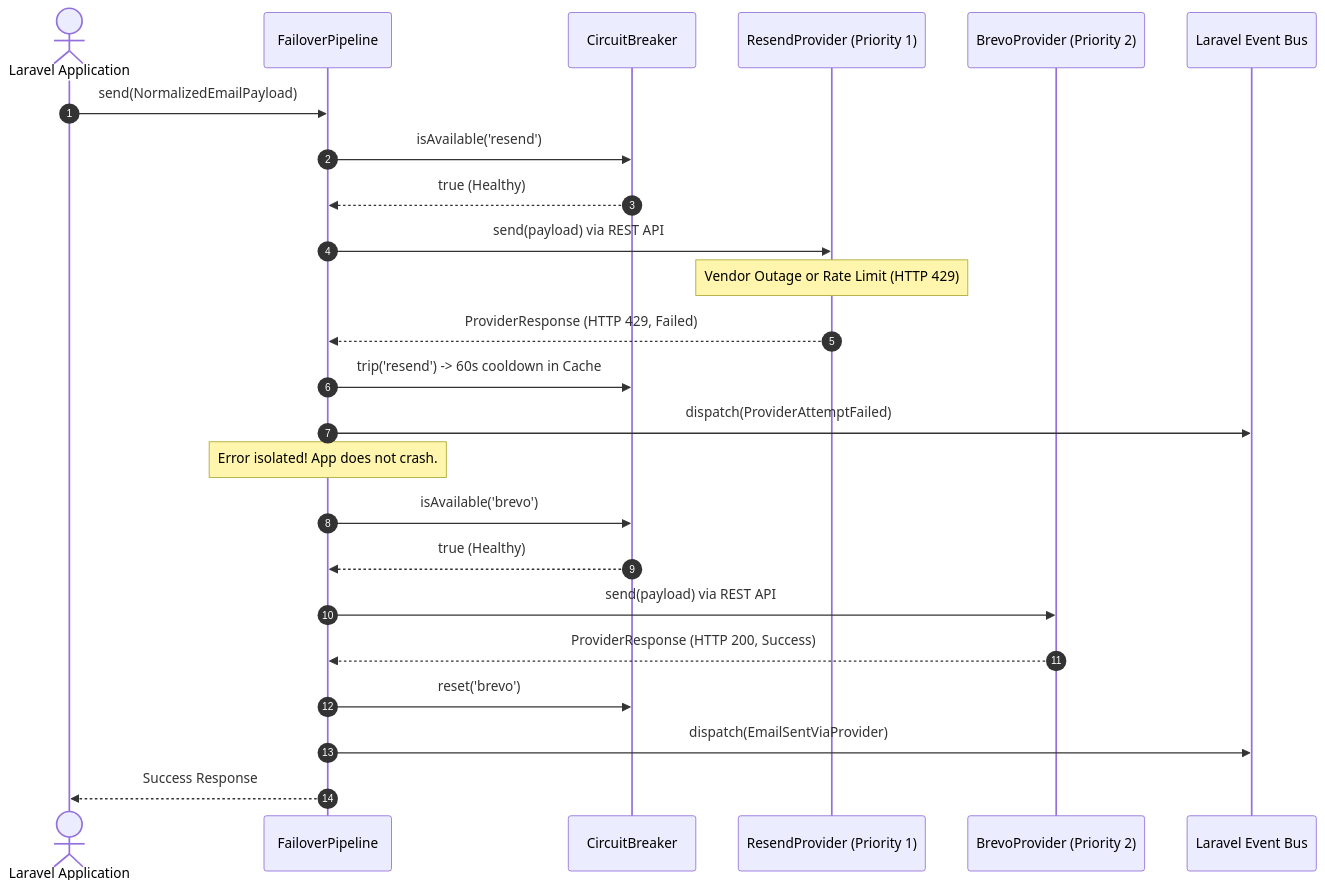
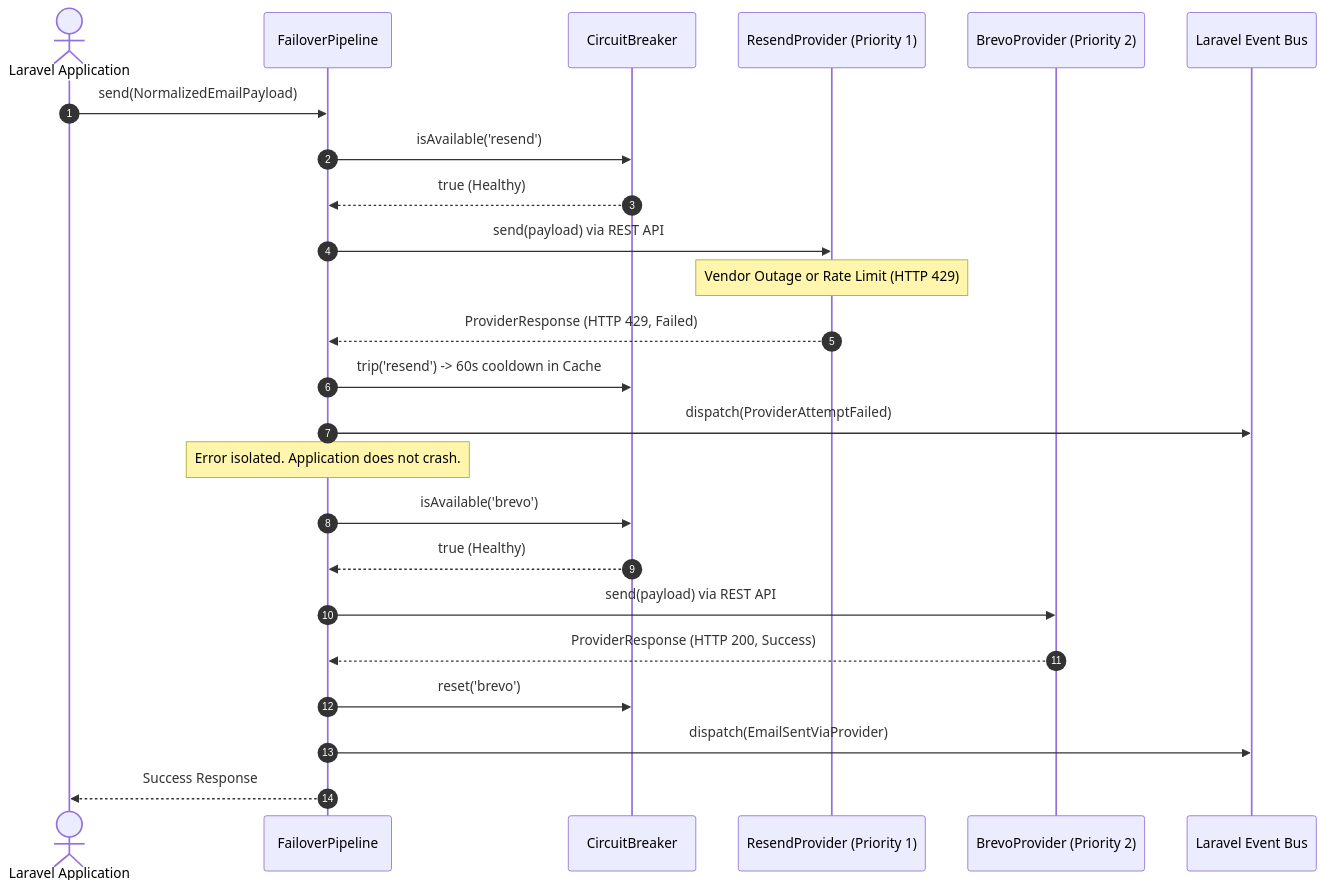
Before and after one commit to eudeka/laravel-mailer: the second of 2 diagrams in README.md, drawn with Mermaid. The commit also changed other lines of this file, not shown here.

Commit message:
docs: update README with core architecture pillars and internal development guide

````diff
--- a/README.md
+++ b/README.md
@@ -114,31 +73,31 @@
 ```mermaid
 sequenceDiagram
     autonumber
-    actor Dev as Laravel Application
+    actor App as Laravel Application
     participant Pipeline as FailoverPipeline
     participant Breaker as CircuitBreaker
     participant Resend as ResendProvider (Priority 1)
     participant Brevo as BrevoProvider (Priority 2)
     participant Event as Laravel Event Bus
 
-    Dev->>Pipeline: send(NormalizedEmailPayload)
+    App->>Pipeline: send(NormalizedEmailPayload)
     Pipeline->>Breaker: isAvailable('resend')
     Breaker-->>Pipeline: true (Healthy)
 
     Pipeline->>Resend: send(payload) via REST API
     Note over Resend: Vendor Outage or Rate Limit (HTTP 429)
     Resend-->>Pipeline: ProviderResponse (HTTP 429, Failed)
 
     Pipeline->>Breaker: trip('resend') -> 60s cooldown in Cache
     Pipeline->>Event: dispatch(ProviderAttemptFailed)
-    Note over Pipeline: Error isolated! App does not crash.
+    Note over Pipeline: Error isolated. Application does not crash.
 
     Pipeline->>Breaker: isAvailable('brevo')
     Breaker-->>Pipeline: true (Healthy)
     Pipeline->>Brevo: send(payload) via REST API
     Brevo-->>Pipeline: ProviderResponse (HTTP 200, Success)
 
     Pipeline->>Breaker: reset('brevo')
     Pipeline->>Event: dispatch(EmailSentViaProvider)
-    Pipeline-->>Dev: Success Response
+    Pipeline-->>App: Success Response
 ```
````
